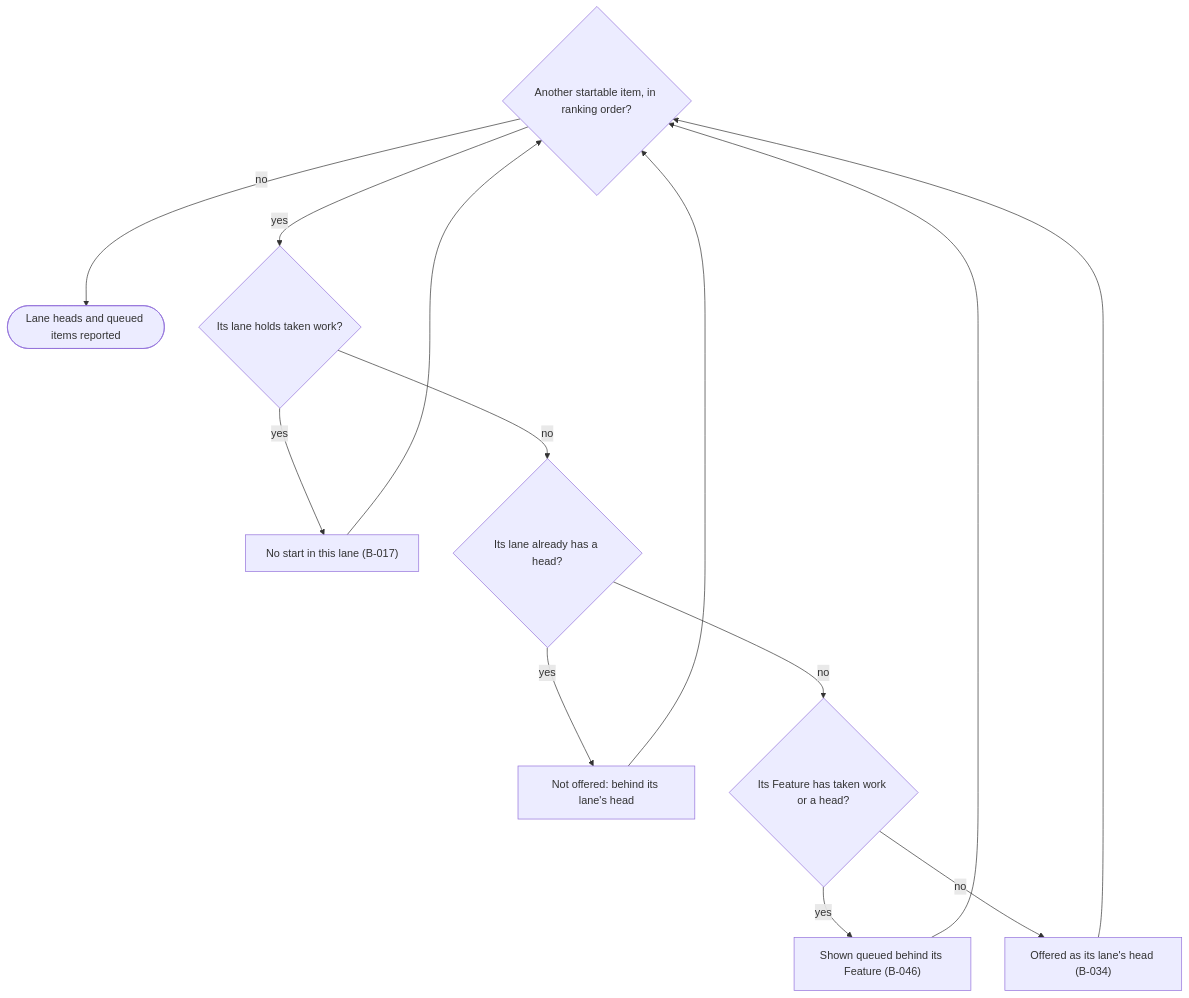
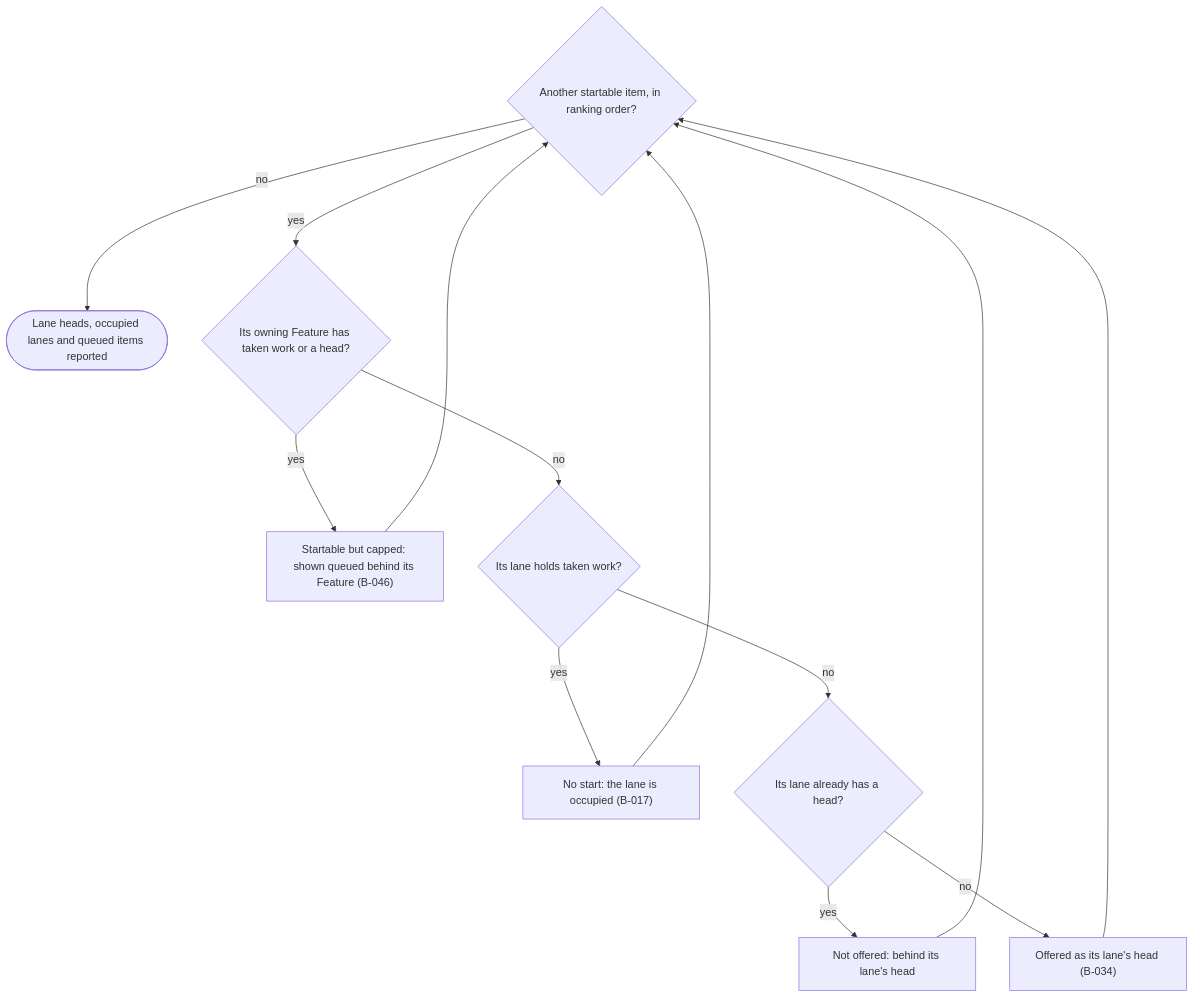
One commit to RLittlesII/agents changed the third of 3 diagrams in skills/next/.spec/README.md. Above: the diagram before and after it, drawn with Mermaid. The commit also changed other lines of this file, not shown here.

First line of the commit message:
docs: test Next work's start cap before the lane

````diff
--- a/skills/next/.spec/README.md
+++ b/skills/next/.spec/README.md
@@ -343,15 +349,15 @@
 ```mermaid
 flowchart TD
-    Item{"Another startable item, in ranking order?"} -->|"no"| Done(["Lane heads and queued items reported"])
-    Item -->|"yes"| Occupied{"Its lane holds taken work?"}
-    Occupied -->|"yes"| NoStart["No start in this lane (B-017)"]
+    Item{"Another startable item, in ranking order?"} -->|"no"| Done(["Lane heads, occupied lanes and queued items reported"])
+    Item -->|"yes"| Feature{"Its owning Feature has taken work or a head?"}
+    Feature -->|"yes"| Queued["Startable but capped: shown queued behind its Feature (B-046)"]
+    Feature -->|"no"| Occupied{"Its lane holds taken work?"}
+    Occupied -->|"yes"| NoStart["No start: the lane is occupied (B-017)"]
     Occupied -->|"no"| LaneHead{"Its lane already has a head?"}
     LaneHead -->|"yes"| Behind["Not offered: behind its lane's head"]
-    LaneHead -->|"no"| Feature{"Its Feature has taken work or a head?"}
-    Feature -->|"yes"| Queued["Shown queued behind its Feature (B-046)"]
-    Feature -->|"no"| Head["Offered as its lane's head (B-034)"]
+    LaneHead -->|"no"| Head["Offered as its lane's head (B-034)"]
     Queued --> Item
     Behind --> Item
     NoStart --> Item
     Head --> Item
 ```
````
